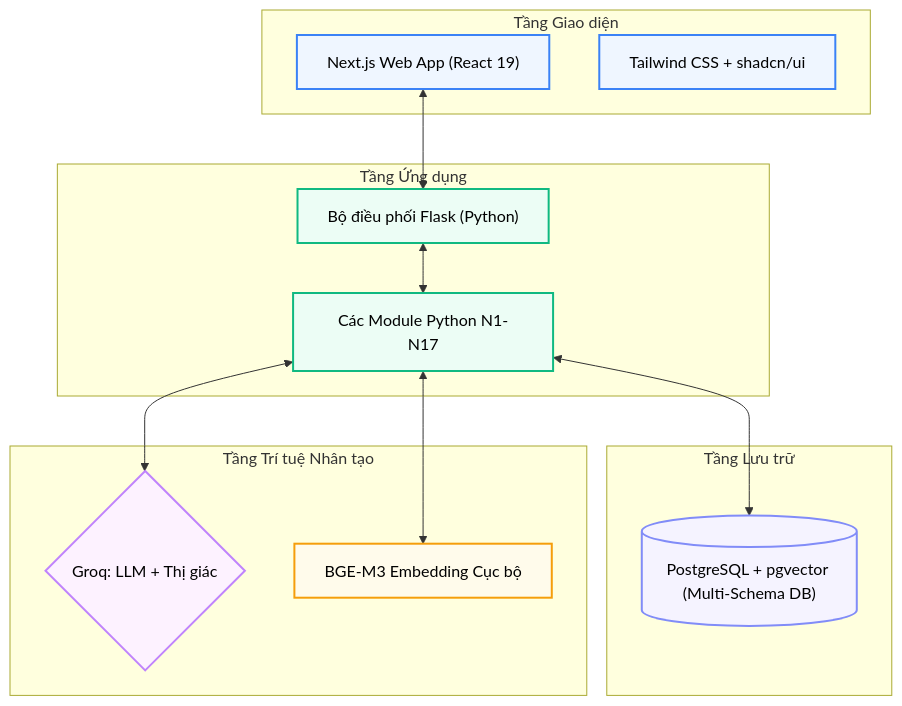
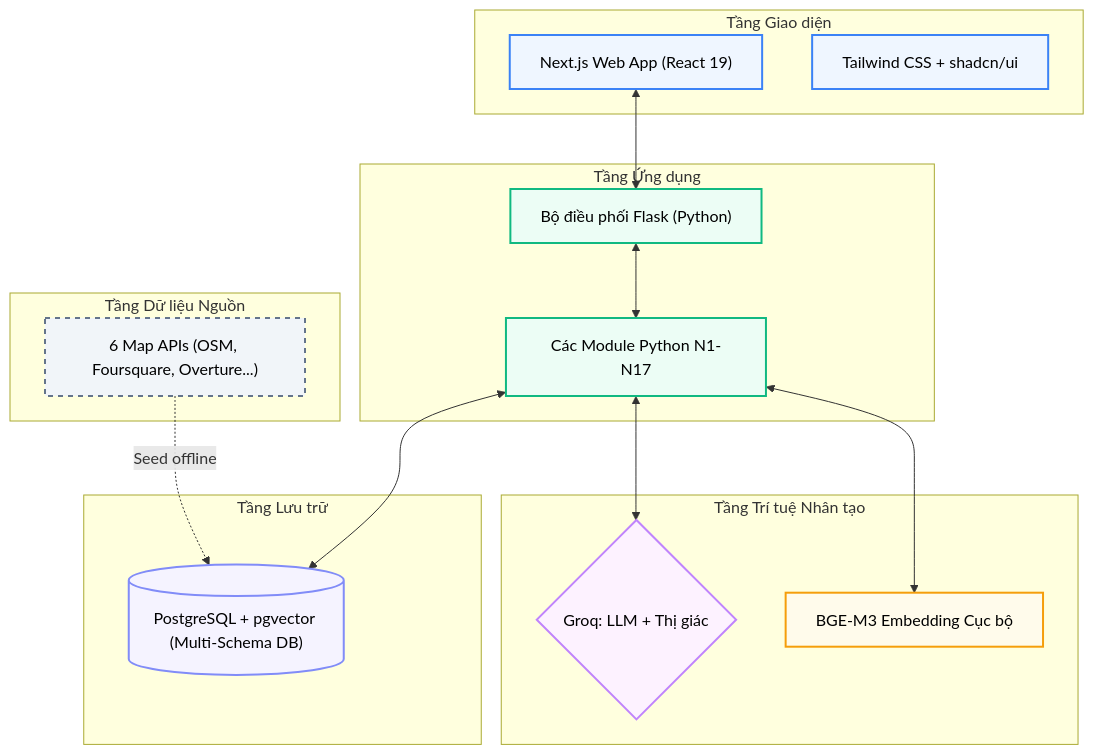
The diagram in docs/project/technology_stack.md (ltk6/travel-exp-planner), drawn with Mermaid before and after one commit. The commit also changed 52 other files, not shown here.

````diff
--- a/docs/project/technology_stack.md
+++ b/docs/project/technology_stack.md
@@ -28,34 +28,40 @@
 ```mermaid
 %%{init: {'flowchart': {'useMaxWidth': false}}}%%
 graph TD
     classDef client fill:#eff6ff,stroke:#3b82f6,stroke-width:2px,color:#000000;
     classDef app fill:#ecfdf5,stroke:#10b981,stroke-width:2px,color:#000000;
     classDef db fill:#f5f3ff,stroke:#818cf8,stroke-width:2px,color:#000000;
     classDef ai fill:#fffbeb,stroke:#f59e0b,stroke-width:2px,color:#000000;
     classDef groq fill:#fdf2ff,stroke:#c084fc,stroke-width:2px,color:#000000;
+    classDef map fill:#f1f5f9,stroke:#64748b,stroke-width:2px,stroke-dasharray:5 5,color:#000000;
 
     subgraph "Tầng Giao diện"
         N16["Next.js Web App (React 19)"]:::client
         CSS["Tailwind CSS + shadcn/ui"]:::client
     end
 
     subgraph "Tầng Ứng dụng"
         N8["Bộ điều phối Flask (Python)"]:::app
         CORE["Các Module Python N1-N17"]:::app
+    end
+
+    subgraph "Tầng Dữ liệu Nguồn"
+        MAPS["6 Map APIs (OSM, Foursquare, Overture...)"]:::map
     end
 
     subgraph "Tầng Lưu trữ"
         N3[("PostgreSQL + pgvector (Multi-Schema DB)")]:::db
     end
 
     subgraph "Tầng Trí tuệ Nhân tạo"
         GROQ{"Groq: LLM + Thị giác"}:::groq
         BGE["BGE-M3 Embedding Cục bộ"]:::ai
     end
 
     N16 <--> N8
     N8 <--> CORE
+    MAPS -.->|Seed offline| N3
     CORE <--> N3
     CORE <--> GROQ
     CORE <--> BGE
 ```
````
